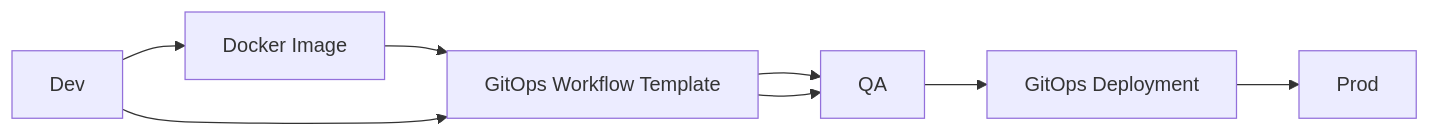
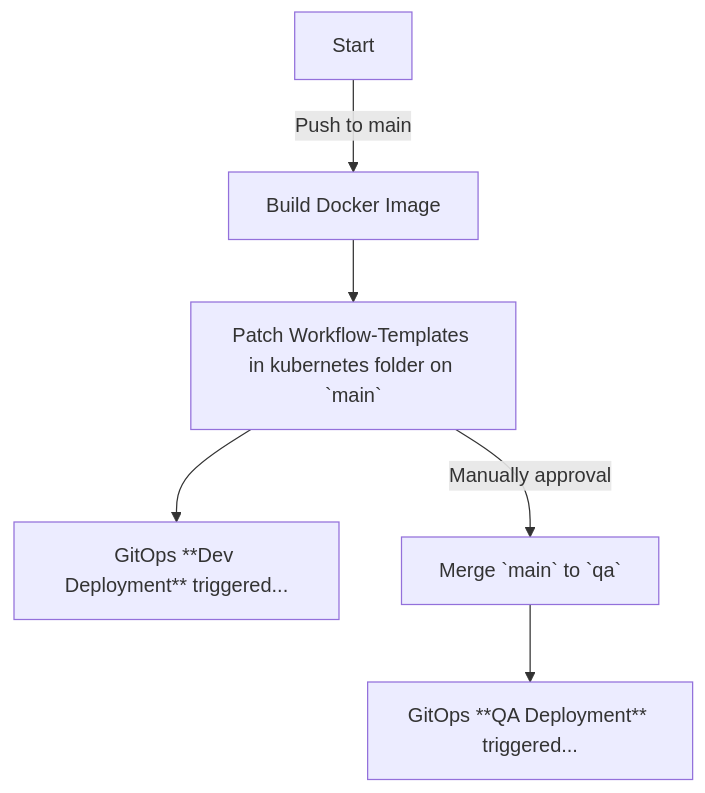
One commit to aiknow-public/hera-blueprint changed the diagram in README.md. Above: the diagram before and after it, drawn with Mermaid. The commit also changed other lines of this file, not shown here.

````diff
--- a/README.md
+++ b/README.md
@@ -51,10 +51,8 @@
 ```mermaid
-graph LR
-A[Dev] --> B[Docker Image]
-B --> C[GitOps Workflow Template]
-C --> D[QA]
-D --> E[GitOps Deployment]
-E --> F[Prod]
-A --> C
-C --> D
+flowchart TB
+    A[Start]-- Push to main -->B[Build Docker Image]
+    B-->C[ Patch Workflow-Templates in kubernetes folder on `main`]
+    C-->D1[GitOps **Dev Deployment** triggered...]
+    C-- Manually approval -->D2[Merge `main` to `qa`]
+    D2-->E[GitOps **QA Deployment** triggered...]
 ```
````
